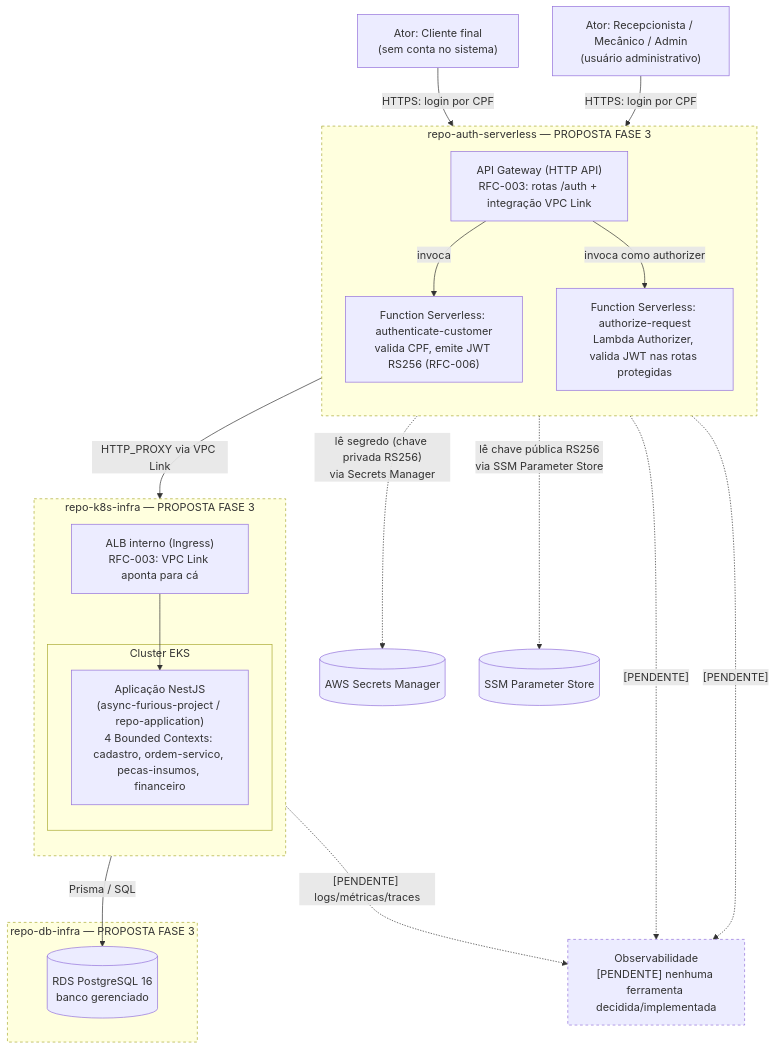
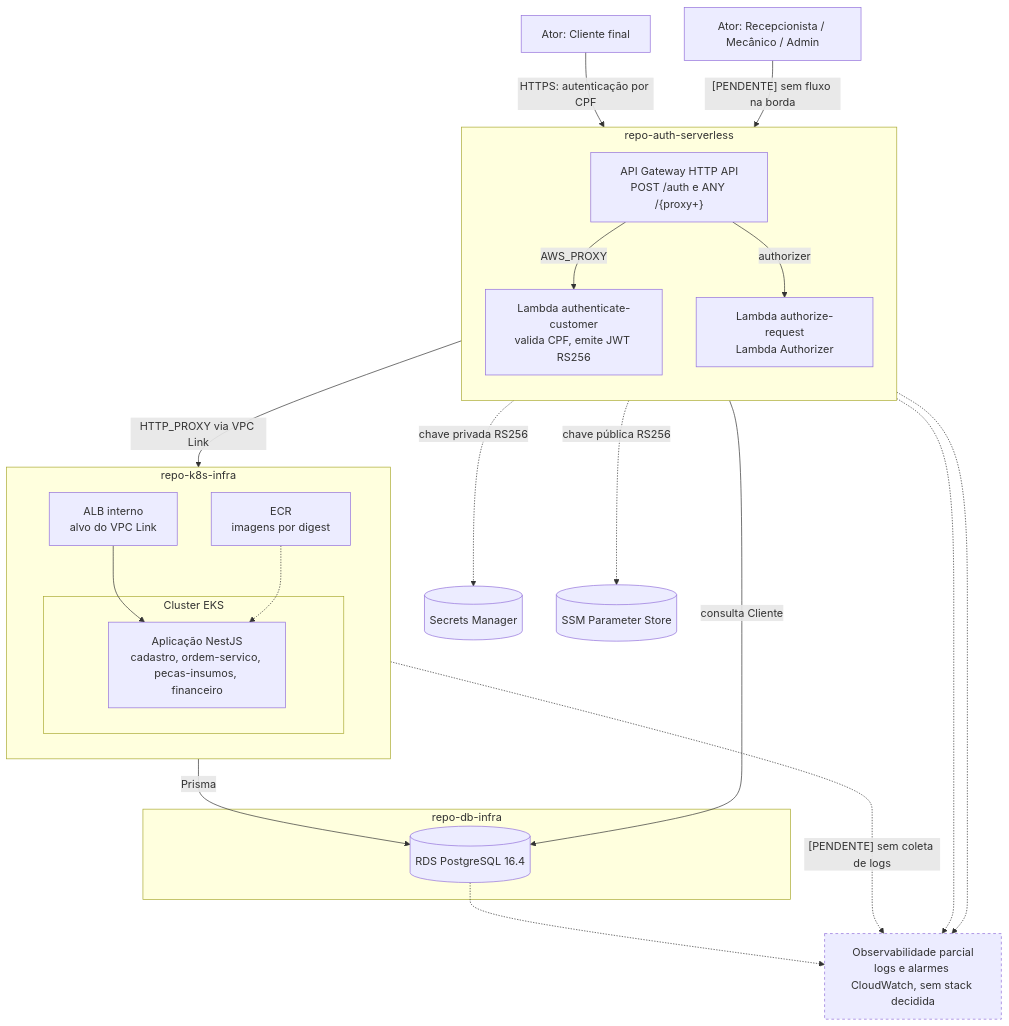
One commit to Async-And-Furious/async-furious-project changed the first of 2 diagrams in docs/architecture/overview.md. Above: the diagram before and after it, drawn with Mermaid. The commit also changed other lines of this file, not shown here.

First line of the commit message:
docs: atualizar a visao geral para a arquitetura implementada

````diff
--- a/docs/architecture/overview.md
+++ b/docs/architecture/overview.md
@@ -38,43 +36,47 @@
 ```mermaid
 flowchart TB
-    actor["Ator: Recepcionista / Mecânico / Admin<br/>(usuário administrativo)"]
-    customer["Ator: Cliente final<br/>(sem conta no sistema)"]
+    actor["Ator: Recepcionista / Mecânico / Admin"]
+    customer["Ator: Cliente final"]
 
-    subgraph GW["repo-auth-serverless — PROPOSTA FASE 3"]
+    subgraph GW["repo-auth-serverless"]
         direction TB
-        apigw["API Gateway (HTTP API)<br/>RFC-003: rotas /auth + integração VPC Link"]
-        authFn["Function Serverless: authenticate-customer<br/>valida CPF, emite JWT RS256 (RFC-006)"]
-        authzFn["Function Serverless: authorize-request<br/>Lambda Authorizer, valida JWT nas rotas protegidas"]
-        apigw -->|invoca| authFn
-        apigw -->|invoca como authorizer| authzFn
+        apigw["API Gateway HTTP API<br/>POST /auth e ANY /{proxy+}"]
+        authFn["Lambda authenticate-customer<br/>valida CPF, emite JWT RS256"]
+        authzFn["Lambda authorize-request<br/>Lambda Authorizer"]
+        apigw -->|AWS_PROXY| authFn
+        apigw -->|authorizer| authzFn
     end
 
-    subgraph K8S["repo-k8s-infra — PROPOSTA FASE 3"]
+    subgraph K8S["repo-k8s-infra"]
         direction TB
-        alb["ALB interno (Ingress)<br/>RFC-003: VPC Link aponta para cá"]
+        alb["ALB interno<br/>alvo do VPC Link"]
         subgraph EKS["Cluster EKS"]
-            app["Aplicação NestJS<br/>(async-furious-project / repo-application)<br/>4 Bounded Contexts: cadastro, ordem-servico, pecas-insumos, financeiro"]
+            app["Aplicação NestJS<br/>cadastro, ordem-servico, pecas-insumos, financeiro"]
         end
+        ecr["ECR<br/>imagens por digest"]
         alb --> app
+        ecr -.-> app
     end
 
-    subgraph DB["repo-db-infra — PROPOSTA FASE 3"]
-        rds[("RDS PostgreSQL 16<br/>banco gerenciado")]
+    subgraph DB["repo-db-infra"]
+        rds[("RDS PostgreSQL 16.4")]
     end
 
-    obs["Observabilidade<br/>[PENDENTE] nenhuma ferramenta decidida/implementada"]
+    obs["Observabilidade parcial<br/>logs e alarmes CloudWatch, sem stack decidida"]
 
-    customer -->|"HTTPS: login por CPF"| apigw
-    actor -->|"HTTPS: login por CPF"| apigw
+    customer -->|"HTTPS: autenticação por CPF"| apigw
+    actor -->|"[PENDENTE] sem fluxo na borda"| apigw
     apigw -->|"HTTP_PROXY via VPC Link"| alb
-    app -->|"Prisma / SQL"| rds
-    authFn -.->|"lê segredo (chave privada RS256)<br/>via Secrets Manager"| secretsMgr[("AWS Secrets Manager")]
-    authzFn -.->|"lê chave pública RS256<br/>via SSM Parameter Store"| ssm[("SSM Parameter Store")]
+    app -->|Prisma| rds
+    authFn -->|"consulta Cliente"| rds
+    authFn -.->|"chave privada RS256"| secretsMgr[("Secrets Manager")]
+    authzFn -.->|"chave pública RS256"| ssm[("SSM Parameter Store")]
 
-    app -.->|"[PENDENTE] logs/métricas/traces"| obs
-    apigw -.->|"[PENDENTE]"| obs
-    authFn -.->|"[PENDENTE]"| obs
+    authFn -.-> obs
+    authzFn -.-> obs
+    rds -.-> obs
+    app -.->|"[PENDENTE] sem coleta de logs"| obs
 
-    classDef proposta stroke-dasharray: 4 4
-    class GW,K8S,DB,obs proposta
+    classDef pendente stroke-dasharray: 4 4
+    class obs pendente
 ```
````
